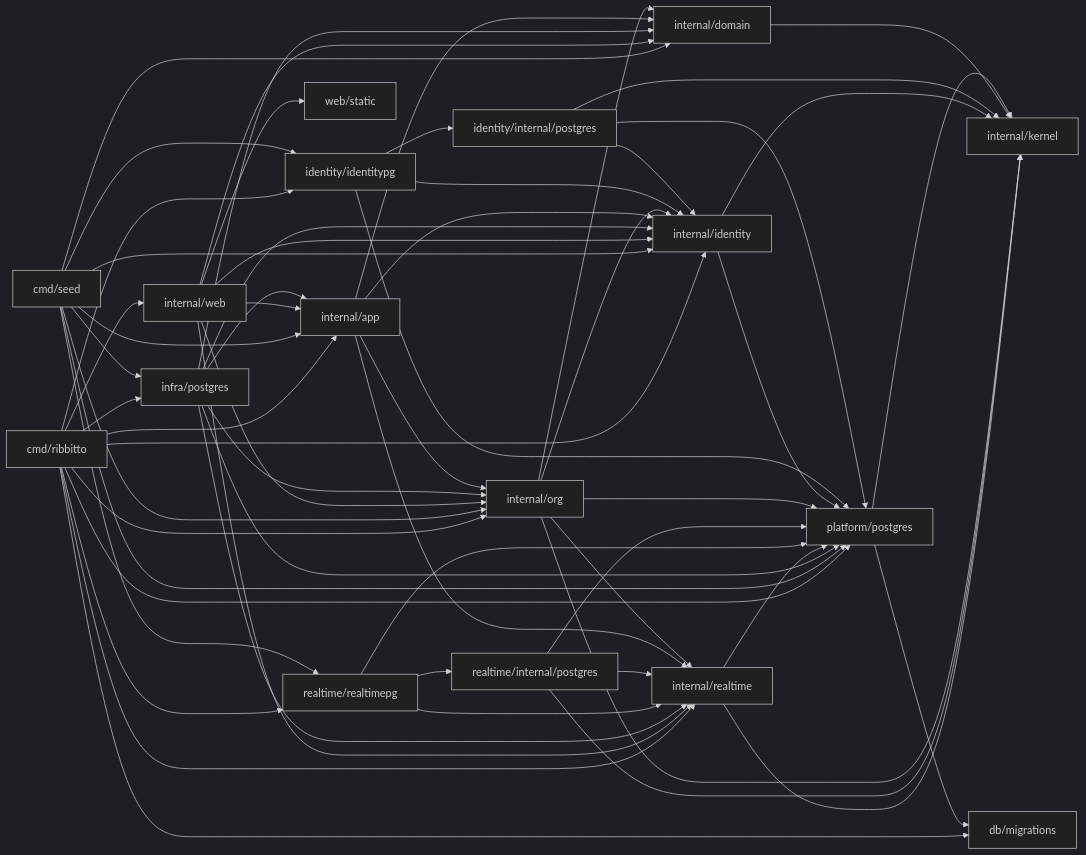
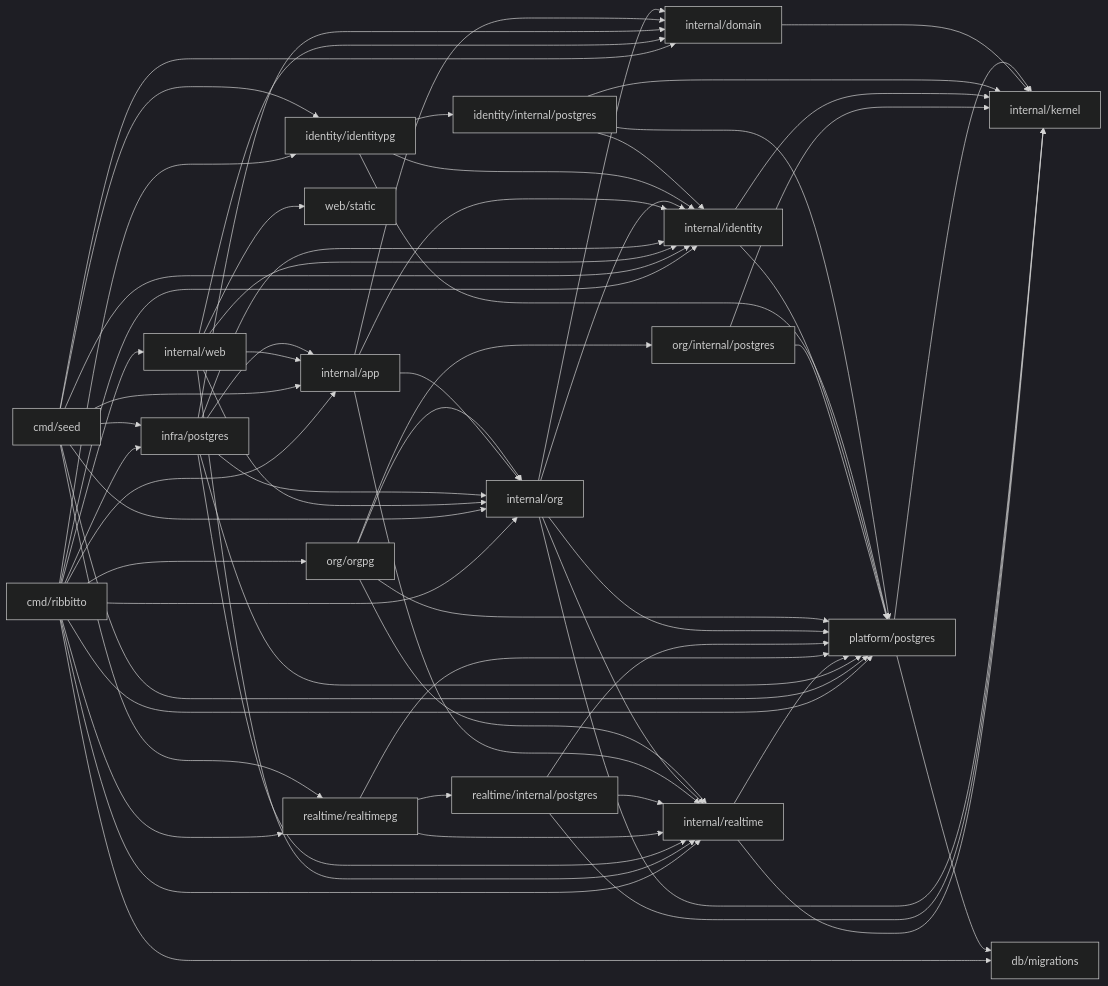
Before and after one commit to tkakkie/ribbitto: the diagram in docs/architecture/packages.md, drawn with Mermaid (dark theme). The commit also changed other lines of this file and 31 other files, not shown here.

First line of the commit message:
refactor(org): org's store and wiring serve realtime's bounds, sequences and retention

````diff
--- a/docs/architecture/packages.md
+++ b/docs/architecture/packages.md
@@ -66,17 +66,19 @@
 ```mermaid
 flowchart LR
-  cmd[cmd/ribbitto] --> web & app & org & identity & identitypg[identity/identitypg] & realtimepg & postgres[infra/postgres] & realtime & platform[platform/postgres] & migrations[db/migrations]
+  cmd[cmd/ribbitto] --> web & app & org & orgpg[org/orgpg] & identity & identitypg[identity/identitypg] & realtimepg & postgres[infra/postgres] & realtime & platform[platform/postgres] & migrations[db/migrations]
   seed[cmd/seed] --> app & org & identity & identitypg & realtimepg & postgres & platform & domain
   web[internal/web] --> app & org & identity & domain & realtime & static[web/static]
   postgres --> app & org & identity & domain & platform & realtime
   realtime[internal/realtime] --> kernel & platform
   realtimepg[realtime/realtimepg] --> realtime & rstore[realtime/internal/postgres] & platform
   rstore --> realtime & platform & kernel
   app[internal/app] --> org & identity & realtime & domain[internal/domain]
   org[internal/org] --> identity & realtime & domain & kernel & platform
+  orgpg --> org & ostore[org/internal/postgres] & platform & realtime
+  ostore --> platform & kernel
   identity[internal/identity] --> kernel & platform
   identitypg --> identity & store[identity/internal/postgres] & platform
   store --> identity & platform & kernel
   domain --> kernel[internal/kernel]
   platform --> kernel & migrations
 ```
````
